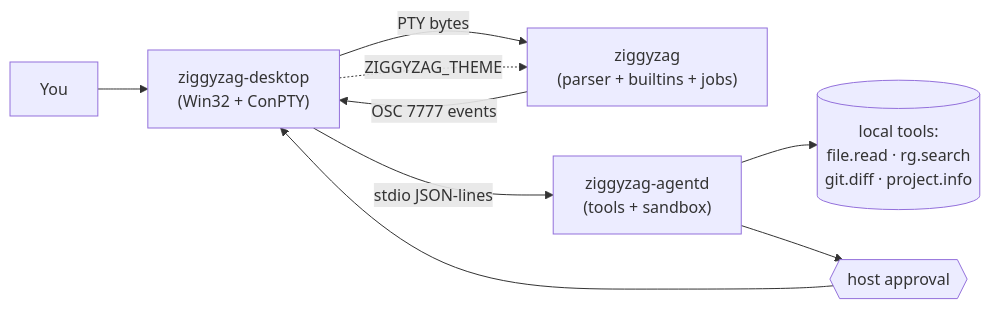
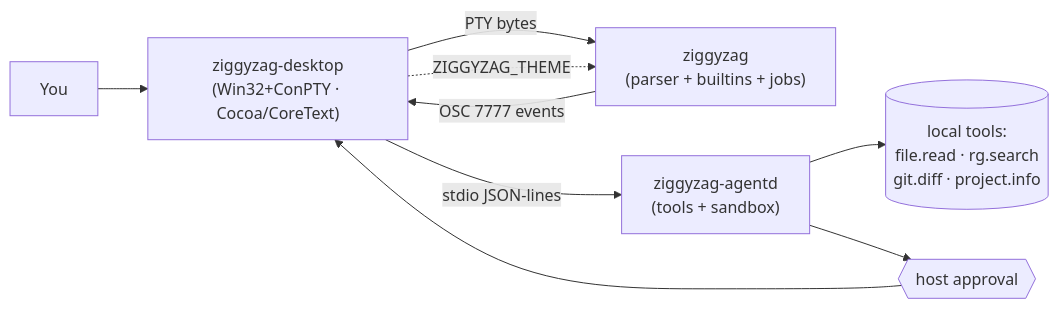
One commit to PascalAI2024/ZiggyZag changed the first of 2 diagrams in README.md. Above: the diagram before and after it, drawn with Mermaid. The commit also changed other lines of this file and 1 other file, not shown here.

````diff
--- a/README.md
+++ b/README.md
@@ -101,11 +102,11 @@
 ```mermaid
 flowchart LR
-    user["You"] --> term["ziggyzag-desktop\n(Win32 + ConPTY)"]
+    user["You"] --> term["ziggyzag-desktop\n(Win32+ConPTY · Cocoa/CoreText)"]
     term -- "PTY bytes" --> shell["ziggyzag\n(parser + builtins + jobs)"]
     shell -- "OSC 7777 events" --> term
     term -- "stdio JSON-lines" --> agent["ziggyzag-agentd\n(tools + sandbox)"]
     term -. "ZIGGYZAG_THEME" .-> shell
     agent --> tools[("local tools:\nfile.read · rg.search\ngit.diff · project.info")]
     agent --> approval{{"host approval"}}
     approval --> term
 ```
````
